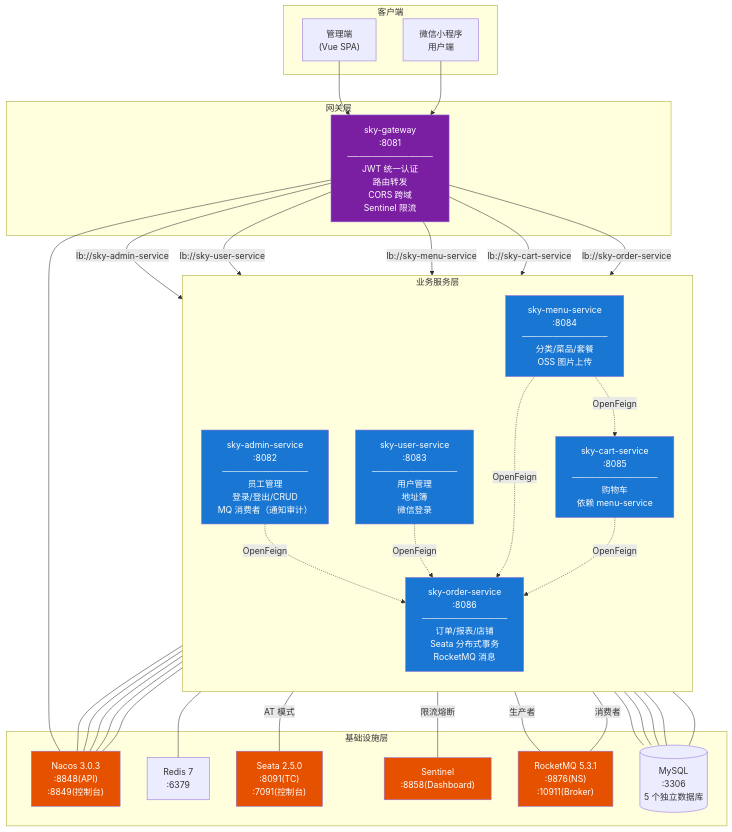
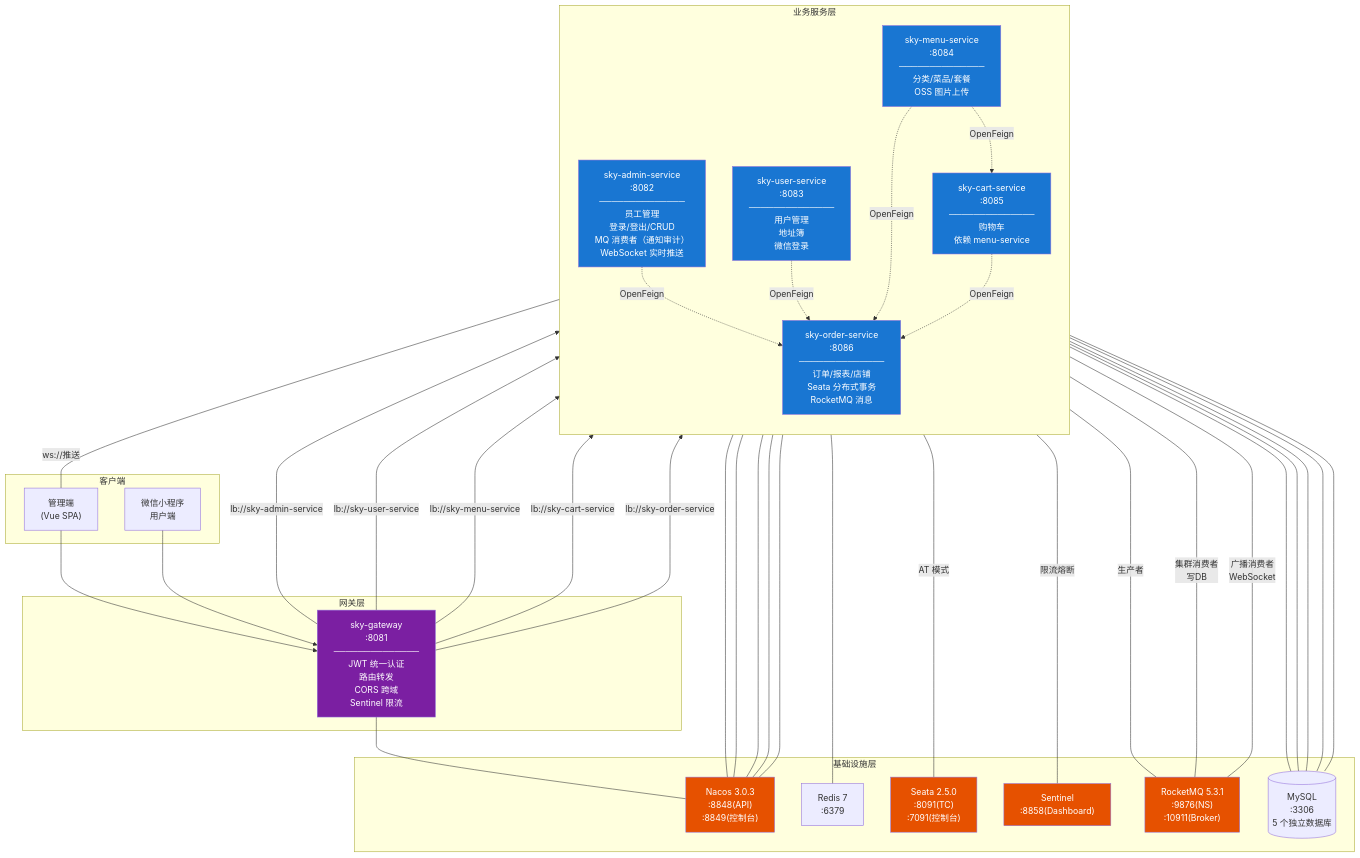
One commit to huang-sitong/takeout changed the first of 2 diagrams in README.md. Above: the diagram before and after it, drawn with Mermaid. The commit also changed other lines of this file and 2 other files, not shown here.

````diff
--- a/README.md
+++ b/README.md
@@ -36,74 +36,76 @@
 ```mermaid
 graph TB
     subgraph 客户端["客户端"]
         Admin["管理端<br/>(Vue SPA)"]
         WxApp["微信小程序<br/>用户端"]
     end
 
     subgraph 网关层["网关层"]
         GW["sky-gateway<br/>:8081<br/>──────────────<br/>JWT 统一认证<br/>路由转发<br/>CORS 跨域<br/>Sentinel 限流"]
     end
 
     subgraph 业务服务层["业务服务层"]
         direction TB
-        AdminSvc["sky-admin-service<br/>:8082<br/>──────────────<br/>员工管理<br/>登录/登出/CRUD<br/>MQ 消费者（通知审计）"]
+        AdminSvc["sky-admin-service<br/>:8082<br/>──────────────<br/>员工管理<br/>登录/登出/CRUD<br/>MQ 消费者（通知审计）<br/>WebSocket 实时推送"]
         UserSvc["sky-user-service<br/>:8083<br/>──────────────<br/>用户管理<br/>地址簿<br/>微信登录"]
         MenuSvc["sky-menu-service<br/>:8084<br/>──────────────<br/>分类/菜品/套餐<br/>OSS 图片上传"]
         CartSvc["sky-cart-service<br/>:8085<br/>──────────────<br/>购物车<br/>依赖 menu-service"]
         OrderSvc["sky-order-service<br/>:8086<br/>──────────────<br/>订单/报表/店铺<br/>Seata 分布式事务<br/>RocketMQ 消息"]
     end
 
     subgraph 中间件层["基础设施层"]
         Nacos["Nacos 3.0.3<br/>:8848(API)<br/>:8849(控制台)"]
         Redis["Redis 7<br/>:6379"]
         Seata["Seata 2.5.0<br/>:8091(TC)<br/>:7091(控制台)"]
         Sentinel["Sentinel<br/>:8858(Dashboard)"]
         RocketMQ["RocketMQ 5.3.1<br/>:9876(NS)<br/>:10911(Broker)"]
         MySQL[("MySQL<br/>:3306<br/>5 个独立数据库")]
     end
 
     Admin --> GW
     WxApp --> GW
 
     GW -->|"lb://sky-admin-service"| AdminSvc
     GW -->|"lb://sky-user-service"| UserSvc
     GW -->|"lb://sky-menu-service"| MenuSvc
     GW -->|"lb://sky-cart-service"| CartSvc
     GW -->|"lb://sky-order-service"| OrderSvc
 
     AdminSvc -.->|"OpenFeign"| OrderSvc
     UserSvc -.->|"OpenFeign"| OrderSvc
     MenuSvc -.->|"OpenFeign"| OrderSvc
     CartSvc -.->|"OpenFeign"| OrderSvc
     MenuSvc -.->|"OpenFeign"| CartSvc
 
     AdminSvc --- Nacos
     UserSvc --- Nacos
     MenuSvc --- Nacos
     CartSvc --- Nacos
     OrderSvc --- Nacos
     GW --- Nacos
 
     OrderSvc ---|"AT 模式"| Seata
     OrderSvc ---|"生产者"| RocketMQ
-    RocketMQ ---|"消费者"| AdminSvc
+    RocketMQ ---|"集群消费者<br/>写DB"| AdminSvc
+    RocketMQ ---|"广播消费者<br/>WebSocket"| AdminSvc
+    AdminSvc ---|"ws://推送"| Admin
     OrderSvc ---|"限流熔断"| Sentinel
     MenuSvc --- Redis
 
     AdminSvc --- MySQL
     UserSvc --- MySQL
     MenuSvc --- MySQL
     CartSvc --- MySQL
     OrderSvc --- MySQL
 
     style GW fill:#7B1FA2,color:#fff
     style AdminSvc fill:#1976D2,color:#fff
     style UserSvc fill:#1976D2,color:#fff
     style MenuSvc fill:#1976D2,color:#fff
     style CartSvc fill:#1976D2,color:#fff
     style OrderSvc fill:#1976D2,color:#fff
     style Nacos fill:#E65100,color:#fff
     style Sentinel fill:#E65100,color:#fff
     style Seata fill:#E65100,color:#fff
     style RocketMQ fill:#E65100,color:#fff
 ```
````
